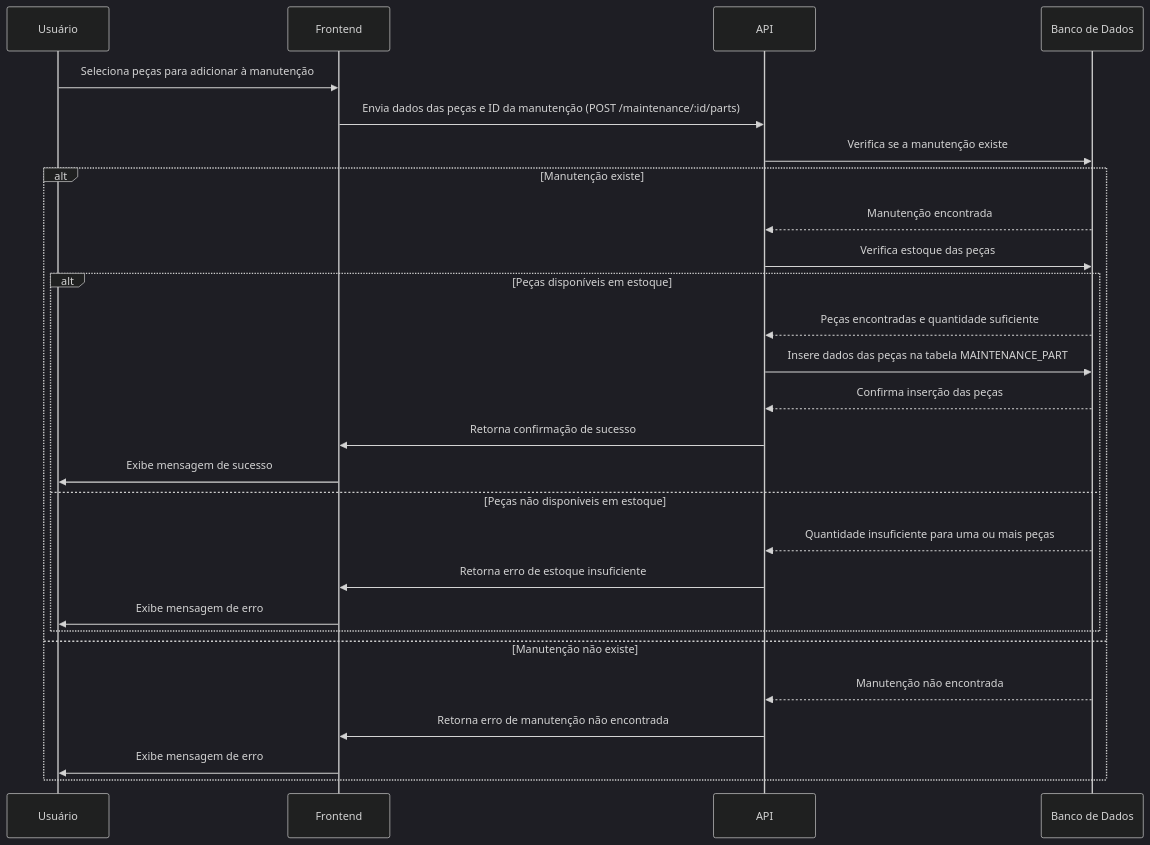
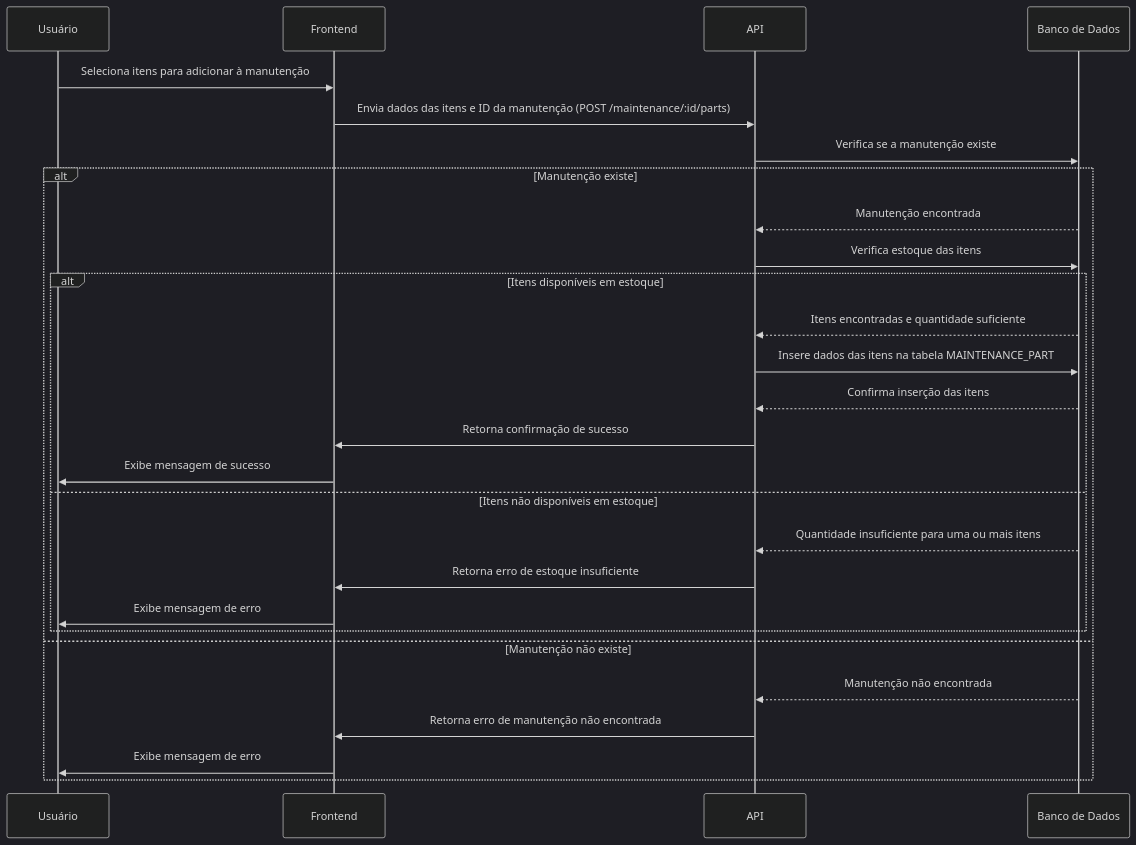
The diagram in web/doc/workflows/adicionar_pecas_manutencao.md (gabrielcavalcant/maintaner-ads), drawn with Mermaid (dark theme) before and after one commit. The commit also changed 24 other files, not shown here.

````diff
--- a/web/doc/workflows/adicionar_pecas_manutencao.md
+++ b/web/doc/workflows/adicionar_pecas_manutencao.md
@@ -1,32 +1,32 @@
 ```mermaid
 sequenceDiagram
     participant U as Usuário
     participant F as Frontend
     participant A as API
     participant D as Banco de Dados
 
-    U->>F: Seleciona peças para adicionar à manutenção
-    F->>A: Envia dados das peças e ID da manutenção (POST /maintenance/:id/parts)
+    U->>F: Seleciona itens para adicionar à manutenção
+    F->>A: Envia dados das itens e ID da manutenção (POST /maintenance/:id/parts)
     A->>D: Verifica se a manutenção existe
     alt Manutenção existe
         D-->>A: Manutenção encontrada
-        A->>D: Verifica estoque das peças 
-        alt Peças disponíveis em estoque
-            D-->>A: Peças encontradas e quantidade suficiente
-            A->>D: Insere dados das peças na tabela MAINTENANCE_PART
-            D-->>A: Confirma inserção das peças
+        A->>D: Verifica estoque das itens 
+        alt Itens disponíveis em estoque
+            D-->>A: Itens encontradas e quantidade suficiente
+            A->>D: Insere dados das itens na tabela MAINTENANCE_PART
+            D-->>A: Confirma inserção das itens
             A->>F: Retorna confirmação de sucesso
             F->>U: Exibe mensagem de sucesso
-        else Peças não disponíveis em estoque
-            D-->>A: Quantidade insuficiente para uma ou mais peças
+        else Itens não disponíveis em estoque
+            D-->>A: Quantidade insuficiente para uma ou mais itens
             A->>F: Retorna erro de estoque insuficiente
             F->>U: Exibe mensagem de erro
         end
     else Manutenção não existe
         D-->>A: Manutenção não encontrada
         A->>F: Retorna erro de manutenção não encontrada
         F->>U: Exibe mensagem de erro
     end
 
 
 ```
````
